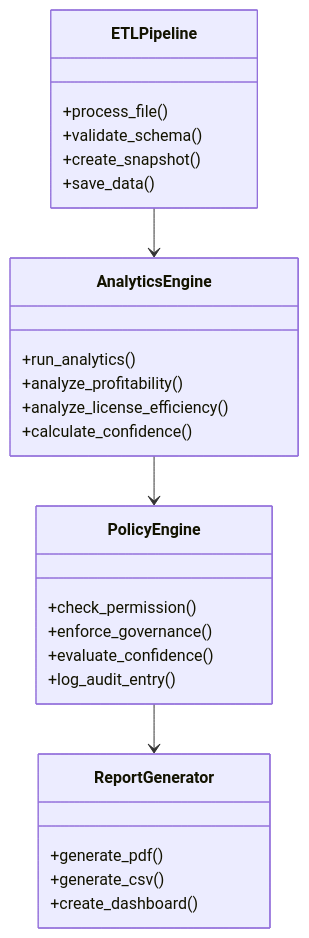
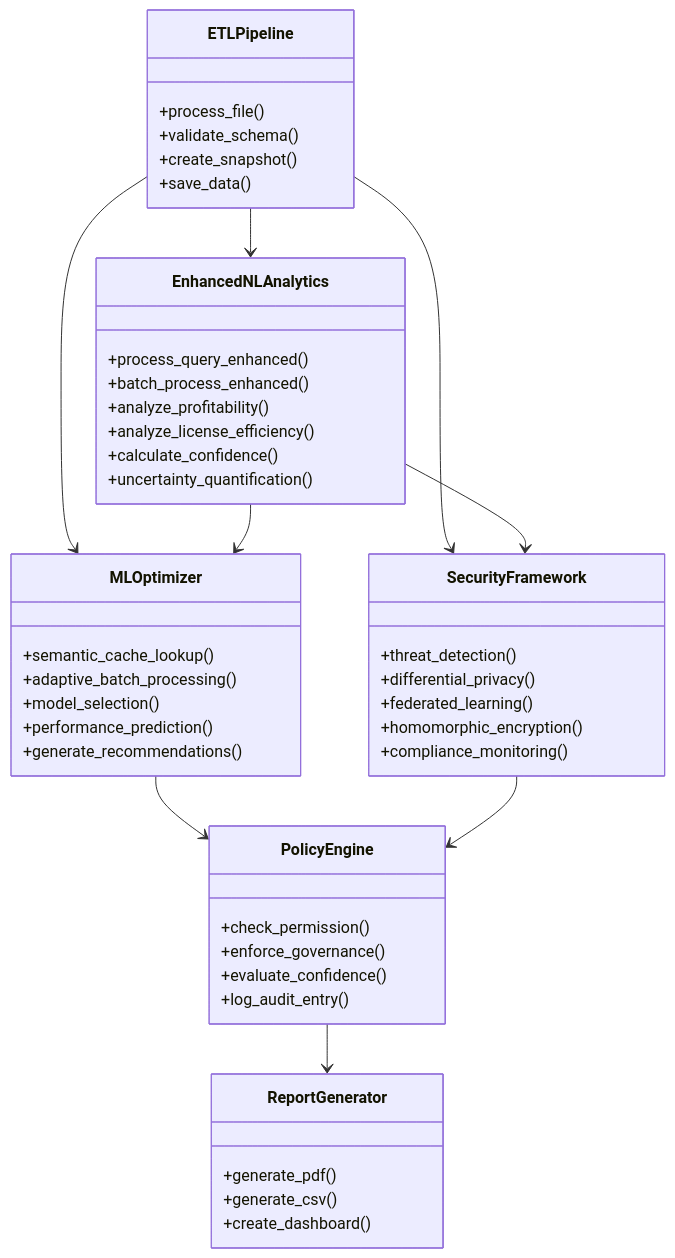
The fourth of 15 diagrams in moatmetrics/docs/ARCHITECTURE.md (VIKAS9793/moatmetrics), drawn with Mermaid before and after one commit. The commit also changed other lines of this file and 36 other files, not shown here.

````diff
--- a/moatmetrics/docs/ARCHITECTURE.md
+++ b/moatmetrics/docs/ARCHITECTURE.md
@@ -153,33 +165,56 @@
 ```mermaid
 classDiagram
     class ETLPipeline {
         +process_file()
         +validate_schema()
         +create_snapshot()
         +save_data()
     }
     
-    class AnalyticsEngine {
-        +run_analytics()
+    class EnhancedNLAnalytics {
+        +process_query_enhanced()
+        +batch_process_enhanced()
         +analyze_profitability()
         +analyze_license_efficiency()
         +calculate_confidence()
+        +uncertainty_quantification()
+    }
+    
+    class MLOptimizer {
+        +semantic_cache_lookup()
+        +adaptive_batch_processing()
+        +model_selection()
+        +performance_prediction()
+        +generate_recommendations()
+    }
+    
+    class SecurityFramework {
+        +threat_detection()
+        +differential_privacy()
+        +federated_learning()
+        +homomorphic_encryption()
+        +compliance_monitoring()
     }
     
     class PolicyEngine {
         +check_permission()
         +enforce_governance()
         +evaluate_confidence()
         +log_audit_entry()
     }
     
     class ReportGenerator {
         +generate_pdf()
         +generate_csv()
         +create_dashboard()
     }
     
-    ETLPipeline --> AnalyticsEngine
-    AnalyticsEngine --> PolicyEngine
+    ETLPipeline --> EnhancedNLAnalytics
+    ETLPipeline --> MLOptimizer
+    ETLPipeline --> SecurityFramework
+    EnhancedNLAnalytics --> MLOptimizer
+    EnhancedNLAnalytics --> SecurityFramework
+    MLOptimizer --> PolicyEngine
+    SecurityFramework --> PolicyEngine
     PolicyEngine --> ReportGenerator
 ```
````
